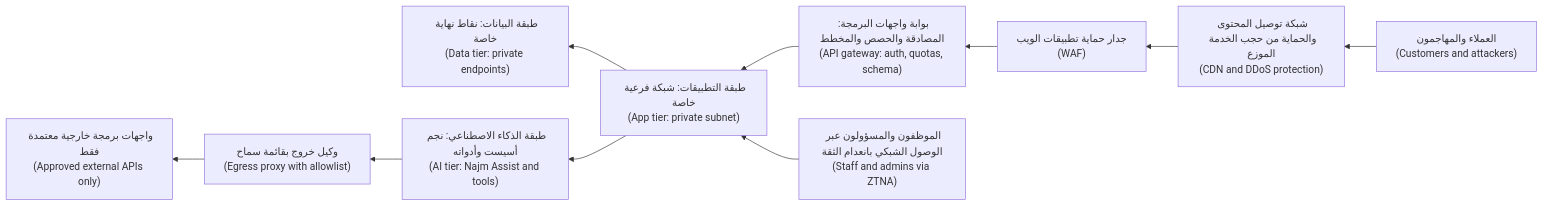
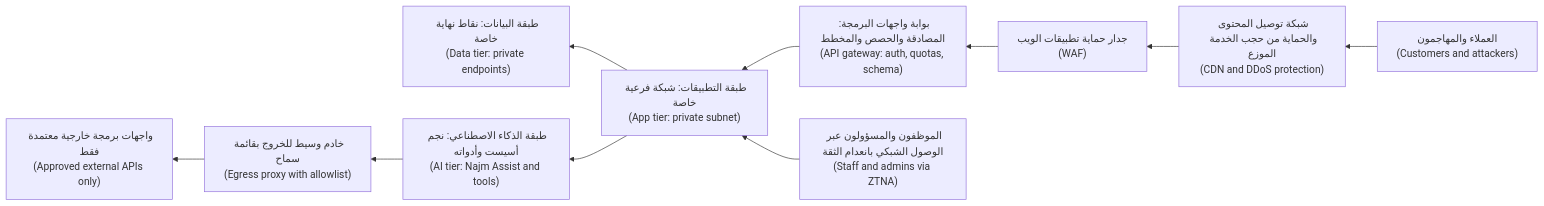
Before and after one commit to Tamoura/system-design-for-vibe-coders: the third of 3 diagrams in secai/modules/07-cloud.ar.md, drawn with Mermaid. The commit also changed other lines of this file and 551 other files, not shown here.

````diff
--- a/secai/modules/07-cloud.ar.md
+++ b/secai/modules/07-cloud.ar.md
@@ -707,12 +714,12 @@
 ```mermaid
 flowchart RL
     U["العملاء والمهاجمون<br/>(Customers and attackers)"] --> C["شبكة توصيل المحتوى والحماية من حجب الخدمة الموزع<br/>(CDN and DDoS protection)"]
     C --> W["جدار حماية تطبيقات الويب<br/>(WAF)"]
     W --> G["بوابة واجهات البرمجة: المصادقة والحصص والمخطط<br/>(API gateway: auth, quotas, schema)"]
     G --> A["طبقة التطبيقات: شبكة فرعية خاصة<br/>(App tier: private subnet)"]
     A --> D["طبقة البيانات: نقاط نهاية خاصة<br/>(Data tier: private endpoints)"]
     A --> AI["طبقة الذكاء الاصطناعي: نجم أسيست وأدواته<br/>(AI tier: Najm Assist and tools)"]
-    AI --> E["وكيل خروج بقائمة سماح<br/>(Egress proxy with allowlist)"]
+    AI --> E["خادم وسيط للخروج بقائمة سماح<br/>(Egress proxy with allowlist)"]
     E --> X["واجهات برمجة خارجية معتمدة فقط<br/>(Approved external APIs only)"]
     M["الموظفون والمسؤولون عبر الوصول الشبكي بانعدام الثقة<br/>(Staff and admins via ZTNA)"] --> A
 ```
````
